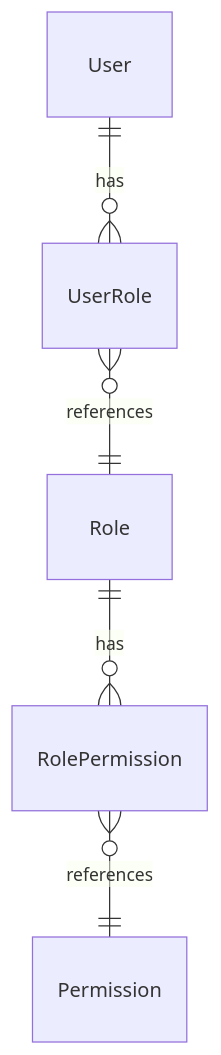
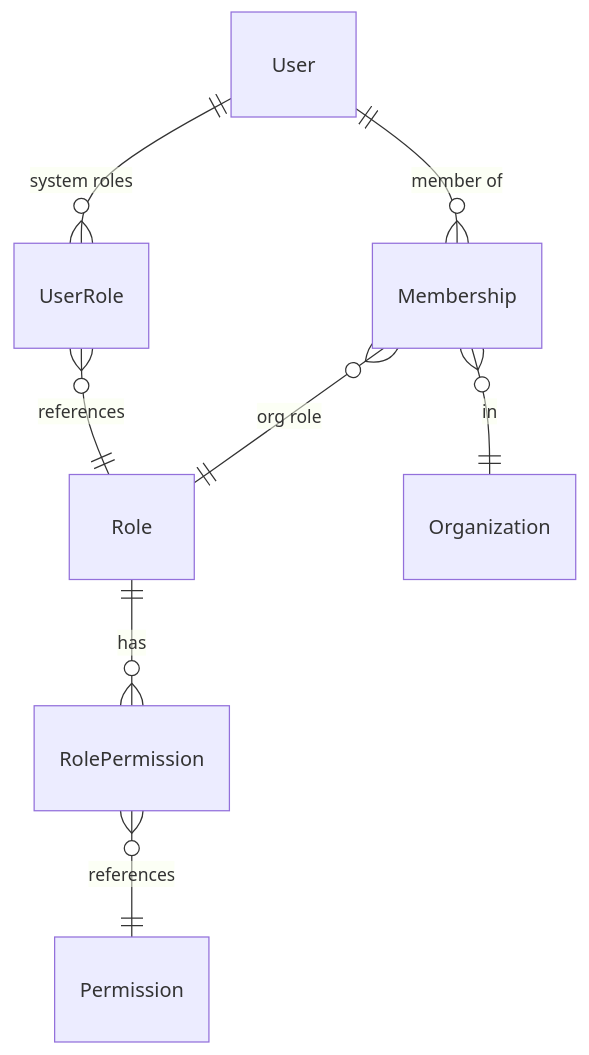
One commit to marinoscar/EnterpriseAppBase changed the third of 5 diagrams in docs/SECURITY-ARCHITECTURE.md. Above: the diagram before and after it, drawn with Mermaid. The commit also changed other lines of this file and 7 other files, not shown here.

First line of the commit message:
docs(docs): document system roles, org roles and effective permissions

````diff
--- a/docs/SECURITY-ARCHITECTURE.md
+++ b/docs/SECURITY-ARCHITECTURE.md
@@ -485,7 +491,10 @@
 ```mermaid
 erDiagram
-    User ||--o{ UserRole : has
+    User ||--o{ UserRole : "system roles"
     UserRole }o--|| Role : references
+    User ||--o{ Membership : "member of"
+    Membership }o--|| Organization : in
+    Membership }o--|| Role : "org role"
     Role ||--o{ RolePermission : has
     RolePermission }o--|| Permission : references
 ```
````
